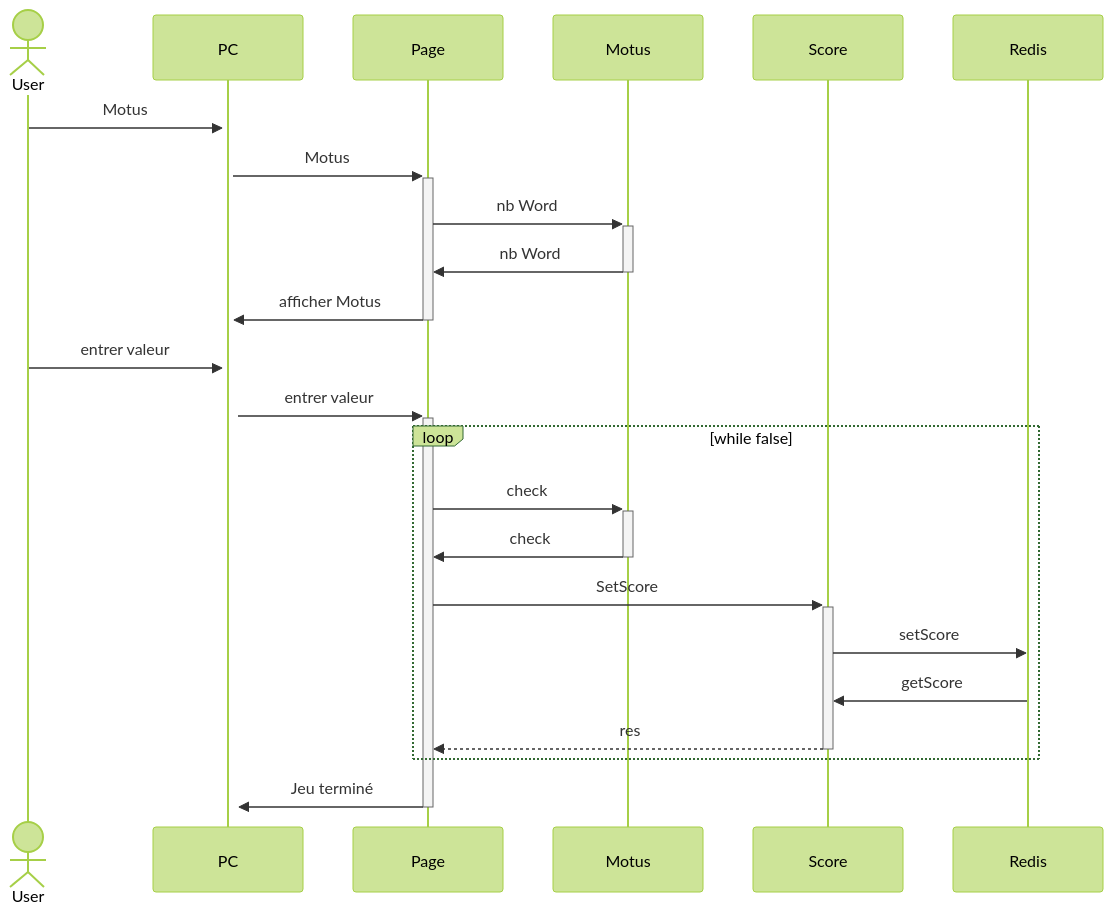
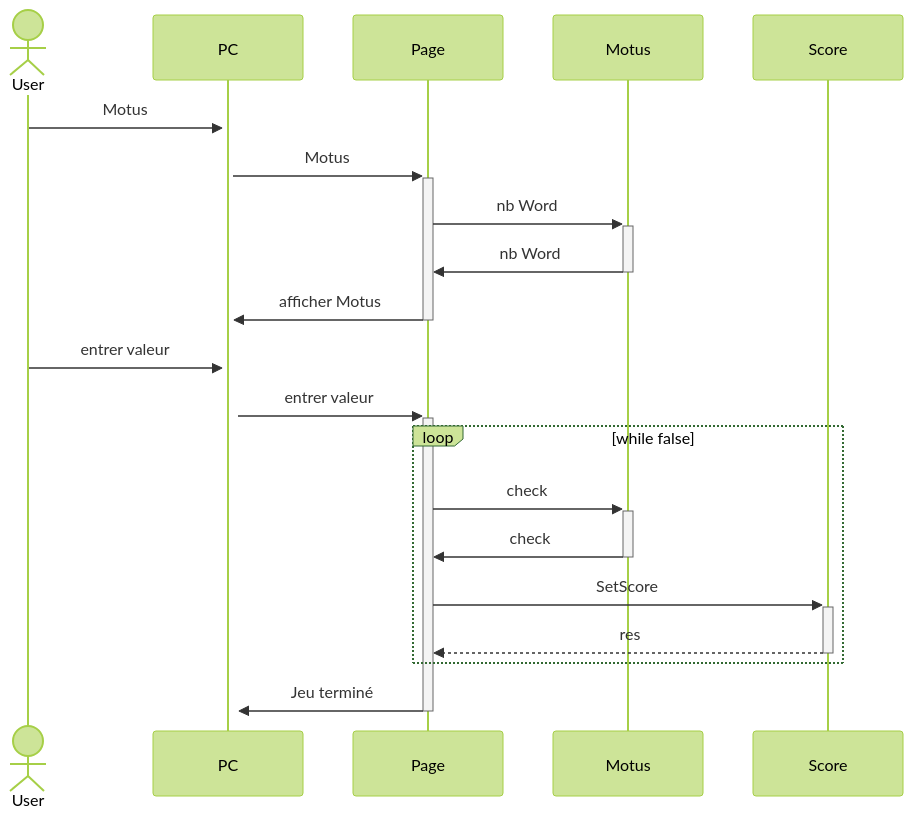
One commit to PMootz/Motus changed the second of 4 diagrams in README.md. Above: the diagram before and after it, drawn with Mermaid (forest theme). The commit also changed other lines of this file, not shown here.

````diff
--- a/README.md
+++ b/README.md
@@ -75,20 +73,18 @@
 ```mermaid
 sequenceDiagram
 actor User
 User->>+PC : Motus
     PC->>+Page : Motus
     Page->>+Motus : nb Word
     Motus->>-Page : nb Word
     Page->>-PC : afficher Motus
     User->>+PC : entrer valeur
     PC->>+Page : entrer valeur
     loop while false
         Page->>+Motus : check
         Motus->>-Page : check
         Page->>+Score : SetScore
-        Score->>Redis : setScore
-        Redis->>Score : getScore 
         Score-->>-Page : res
     end
     Page->>-PC : Jeu terminé
 ```
````
